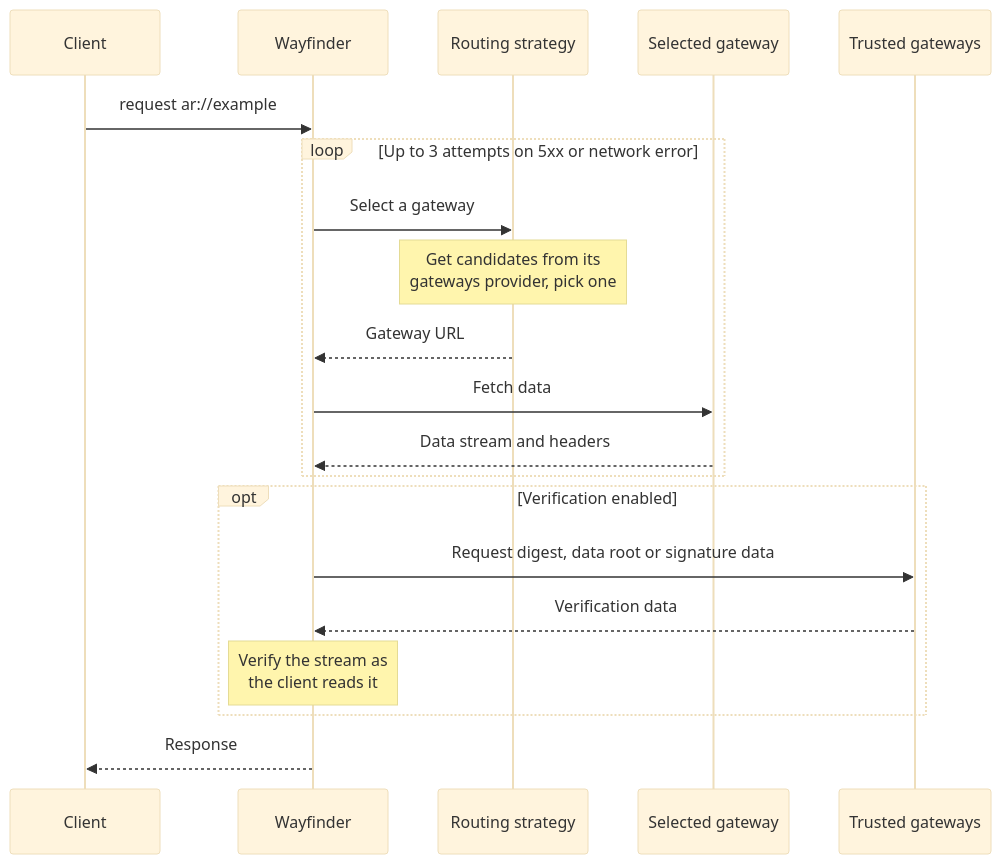
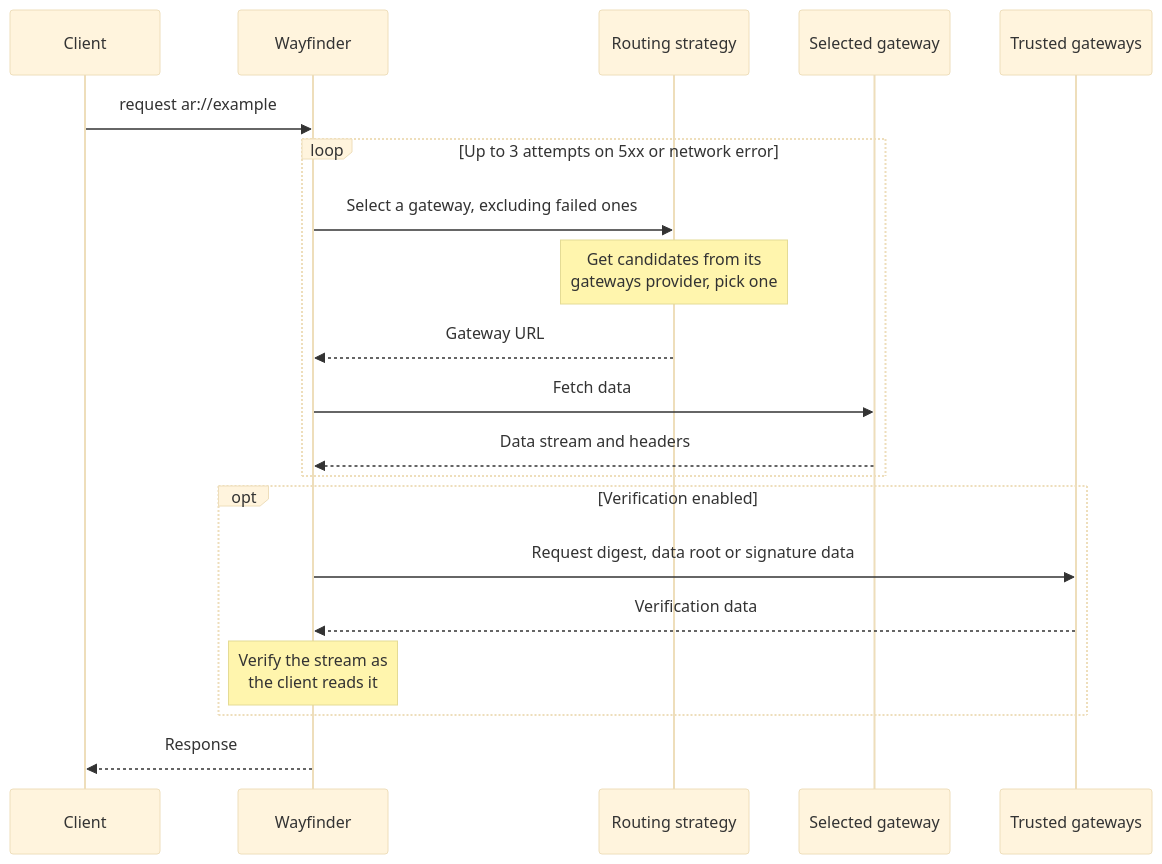
One commit to ar-io/wayfinder changed the diagram in packages/wayfinder-core/README.md. Above: the diagram before and after it, drawn with Mermaid (base theme). The commit also changed other lines of this file and 19 other files, not shown here.

First line of the commit message:
fix(core): retry a failed request on a different gateway (#262)

````diff
--- a/packages/wayfinder-core/README.md
+++ b/packages/wayfinder-core/README.md
@@ -739,26 +745,26 @@
 ```mermaid
 sequenceDiagram
     accTitle: Wayfinder routes each request, retries on failure, and can verify the response
-    accDescr: The client passes an ar URL to Wayfinder. Wayfinder asks the routing strategy for a gateway, and the routing strategy gets its candidates from its own gateways provider. Wayfinder fetches the data from the selected gateway and selects again after a 5xx response or network error, up to 3 attempts. If verification is enabled, the verification strategy checks the stream against data from trusted gateways as the client reads it.
+    accDescr: The client passes an ar URL to Wayfinder. Wayfinder asks the routing strategy for a gateway, and the routing strategy gets its candidates from its own gateways provider. Wayfinder fetches the data from the selected gateway and selects again after a 5xx response or network error, excluding the gateways that failed, up to 3 attempts. If verification is enabled, the verification strategy checks the stream against data from trusted gateways as the client reads it.
 
     participant Client
     participant Wayfinder
     participant Routing as Routing strategy
     participant Gateway as Selected gateway
     participant Trusted as Trusted gateways
 
     Client->>Wayfinder: request ar://example
     loop Up to 3 attempts on 5xx or network error
-        Wayfinder->>Routing: Select a gateway
+        Wayfinder->>Routing: Select a gateway, excluding failed ones
         Note over Routing: Get candidates from its<br/>gateways provider, pick one
         Routing-->>Wayfinder: Gateway URL
         Wayfinder->>Gateway: Fetch data
         Gateway-->>Wayfinder: Data stream and headers
     end
     opt Verification enabled
         Wayfinder->>Trusted: Request digest, data root or signature data
         Trusted-->>Wayfinder: Verification data
         Note over Wayfinder: Verify the stream as<br/>the client reads it
     end
     Wayfinder-->>Client: Response
 ```
````
